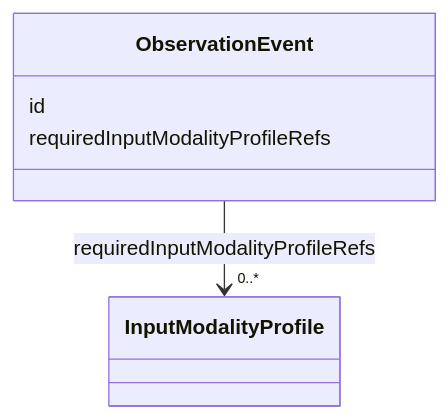
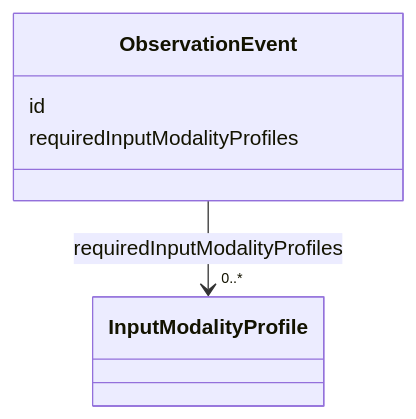
Before and after one commit to openuji/spec-ujg: the first of 9 diagrams in specs/ed/modules/observability/index.md, drawn with Mermaid. The commit also changed other lines of this file and 370 other files, not shown here.

````diff
--- a/specs/ed/modules/observability/index.md
+++ b/specs/ed/modules/observability/index.md
@@ -57,9 +57,9 @@
 ```mermaid
 classDiagram
   class InputModalityProfile
   class ObservationEvent {
     id
-    requiredInputModalityProfileRefs
+    requiredInputModalityProfiles
   }
-  ObservationEvent --> "0..*" InputModalityProfile : requiredInputModalityProfileRefs
+  ObservationEvent --> "0..*" InputModalityProfile : requiredInputModalityProfiles
 ```
````
